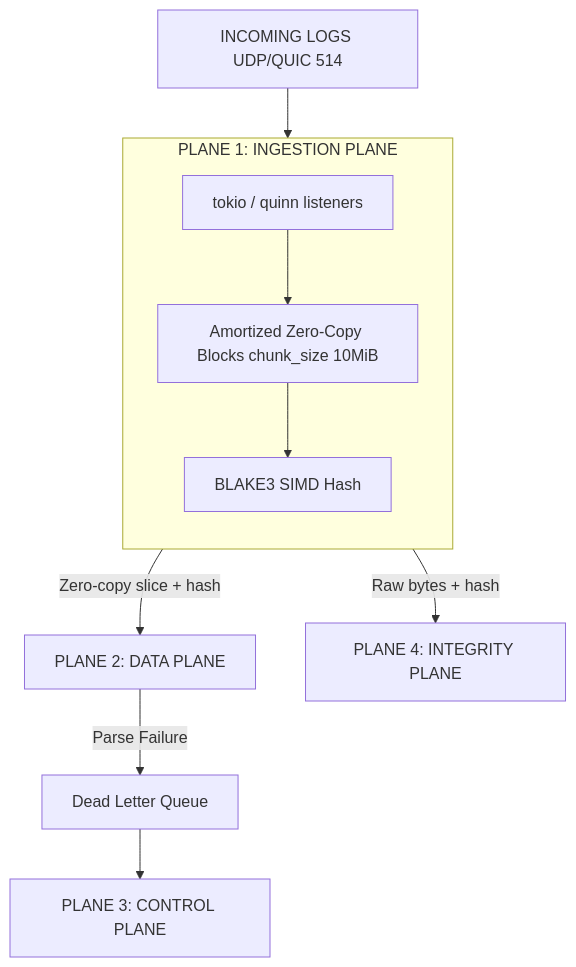
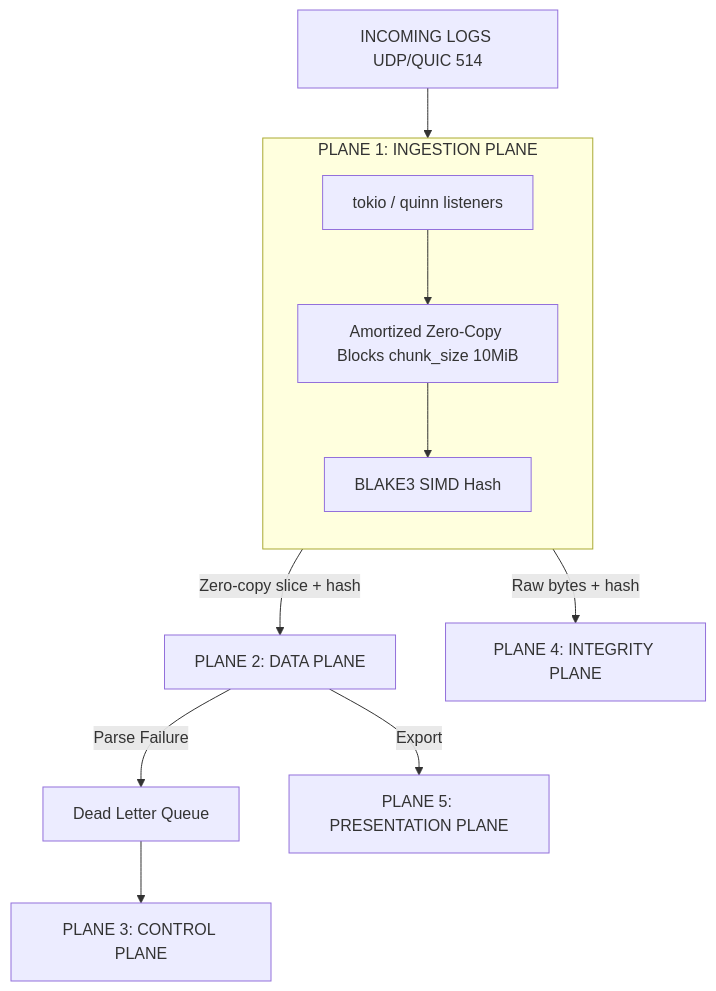
One commit to Aayushbankar/spectre-prism changed the diagram in docs/architecture/diagram.mmd. Above: the diagram before and after it, drawn with Mermaid. The commit also changed 3 other files, not shown here.

Commit message:
fix: compile mermaid diagrams to PNG for GitHub render, relative paths

```diff
--- a/docs/architecture/diagram.mmd
+++ b/docs/architecture/diagram.mmd
@@ -1,13 +1,14 @@
 graph TD
     A[INCOMING LOGS UDP/QUIC 514] --> B
     subgraph B[PLANE 1: INGESTION PLANE]
         direction TB
         B1[tokio / quinn listeners]
         B2[Amortized Zero-Copy Blocks chunk_size 10MiB]
         B3[BLAKE3 SIMD Hash]
         B1 --> B2 --> B3
     end
     B -->|Zero-copy slice + hash| C[PLANE 2: DATA PLANE]
     B -->|Raw bytes + hash| D[PLANE 4: INTEGRITY PLANE]
     C -->|Parse Failure| E[Dead Letter Queue]
     E --> F[PLANE 3: CONTROL PLANE]
+    C -->|Export| G[PLANE 5: PRESENTATION PLANE]
```
